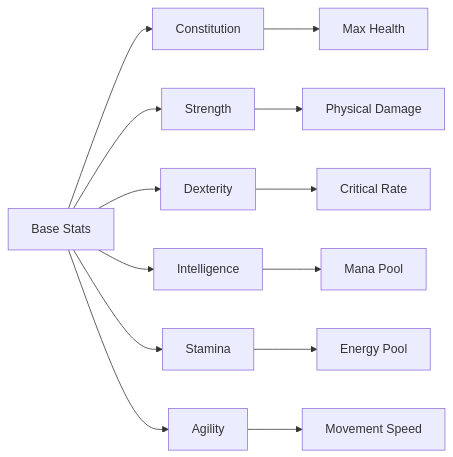
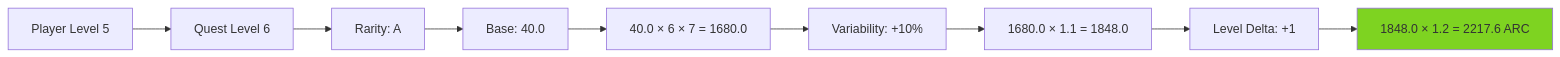
One commit to ArcaneStdio/Chains-Of-Eternity changed the ninth of 23 diagrams in README.md. Above: the diagram before and after it, drawn with Mermaid. The commit also changed other lines of this file, not shown here.

````diff
--- a/README.md
+++ b/README.md
@@ -194,16 +533,13 @@
 ```mermaid
 graph LR
-    A[Base Stats] --> B[Constitution]
-    A --> C[Strength]
-    A --> D[Dexterity]
-    A --> E[Intelligence]
-    A --> F[Stamina]
-    A --> G[Agility]
+    A[Player Level 5] --> B[Quest Level 6]
+    B --> C[Rarity: A]
+    C --> D[Base: 40.0]
+    D --> E[40.0 × 6 × 7 = 1680.0]
+    E --> F[Variability: +10%]
+    F --> G[1680.0 × 1.1 = 1848.0]
+    G --> H[Level Delta: +1]
+    H --> I[1848.0 × 1.2 = 2217.6 ARC]
     
-    B --> H[Max Health]
-    C --> I[Physical Damage]
-    D --> J[Critical Rate]
-    E --> K[Mana Pool]
-    F --> L[Energy Pool]
-    G --> M[Movement Speed]
+    style I fill:#7ED321
 ```
````
